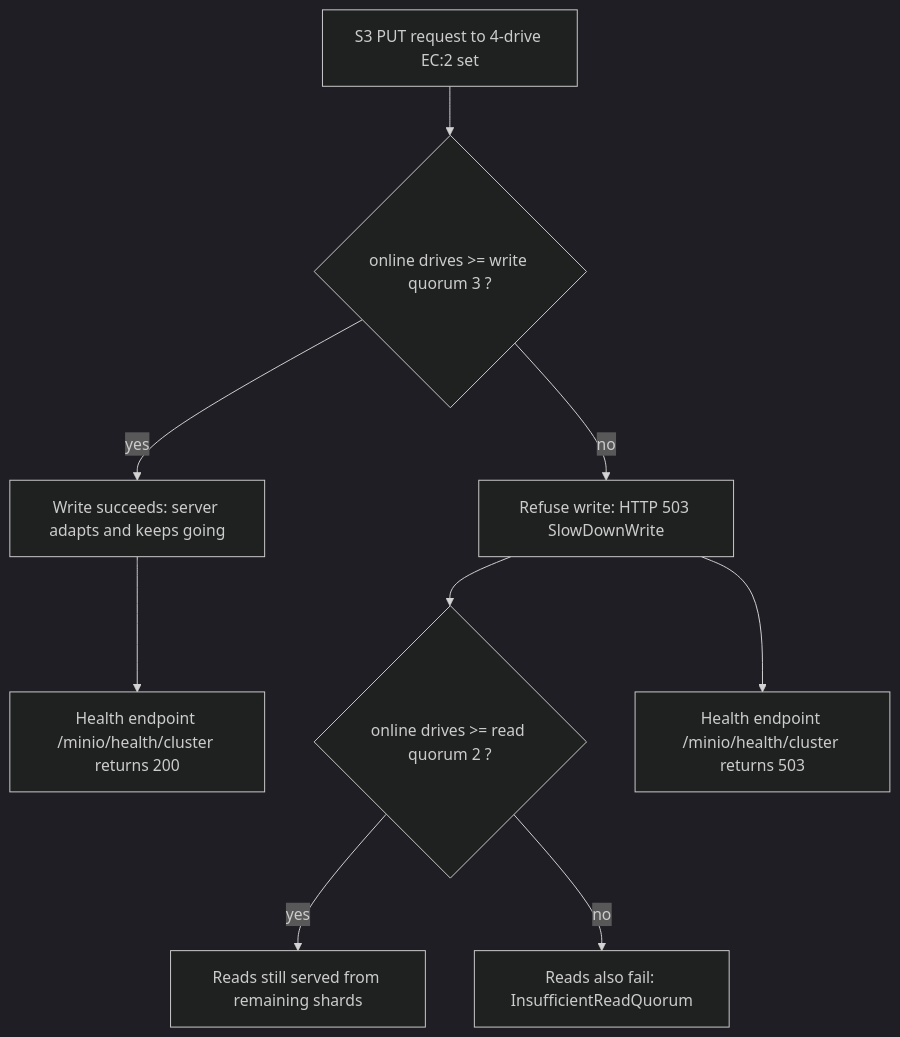
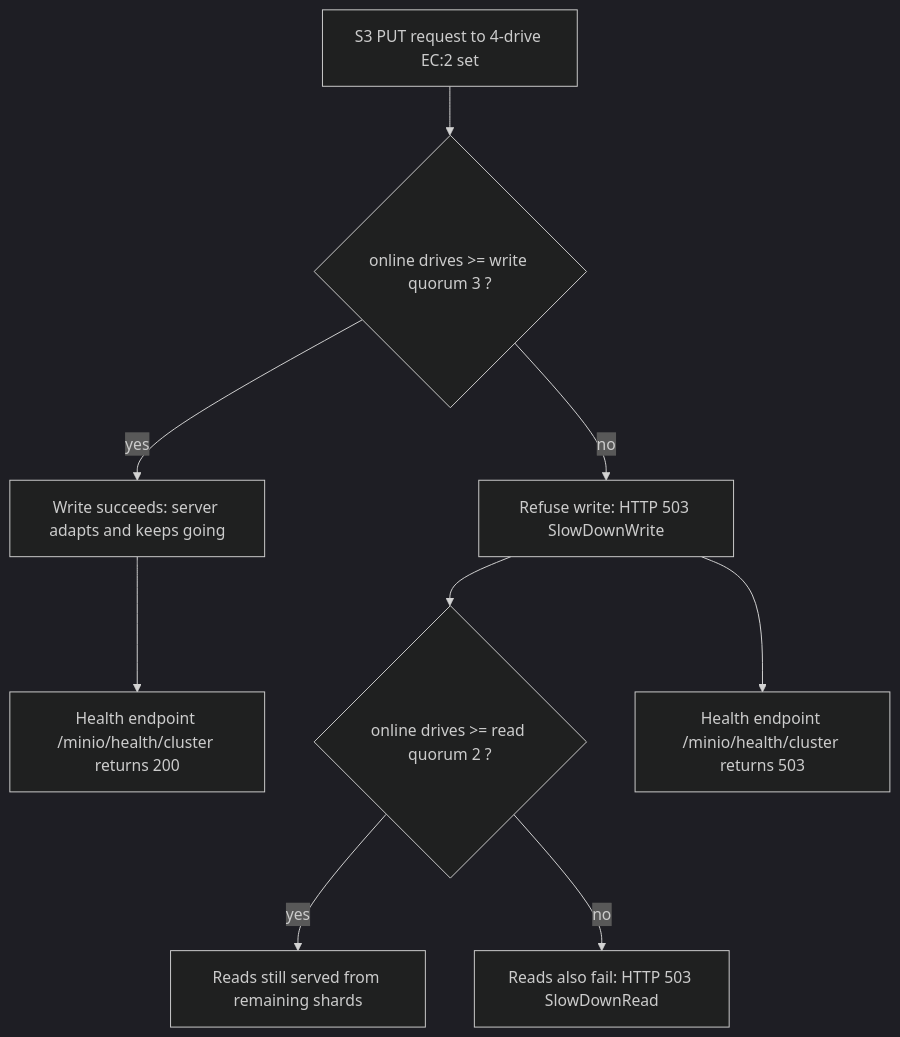
Before and after one commit to blitzy-research/minio: the diagram in blitzy/documentation/minio_c07e5b49d477.md, drawn with Mermaid (dark theme). The commit also changed other lines of this file, not shown here.

````diff
--- a/blitzy/documentation/minio_c07e5b49d477.md
+++ b/blitzy/documentation/minio_c07e5b49d477.md
@@ -98,11 +98,11 @@
 ```mermaid
 flowchart TD
     A[S3 PUT request to 4-drive EC:2 set] --> B{online drives >= write quorum 3 ?}
     B -- yes --> C[Write succeeds: server adapts and keeps going]
     B -- no --> D[Refuse write: HTTP 503 SlowDownWrite]
     D --> E{online drives >= read quorum 2 ?}
     E -- yes --> F[Reads still served from remaining shards]
-    E -- no --> G[Reads also fail: InsufficientReadQuorum]
+    E -- no --> G[Reads also fail: HTTP 503 SlowDownRead]
     C --> H[Health endpoint /minio/health/cluster returns 200]
     D --> I[Health endpoint /minio/health/cluster returns 503]
 ```
````
